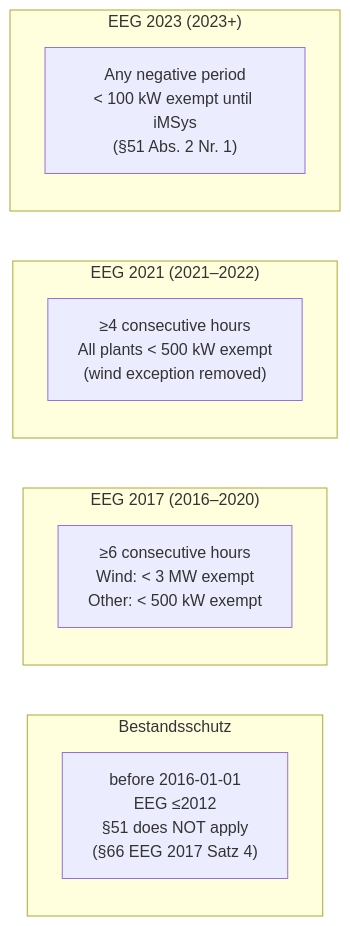
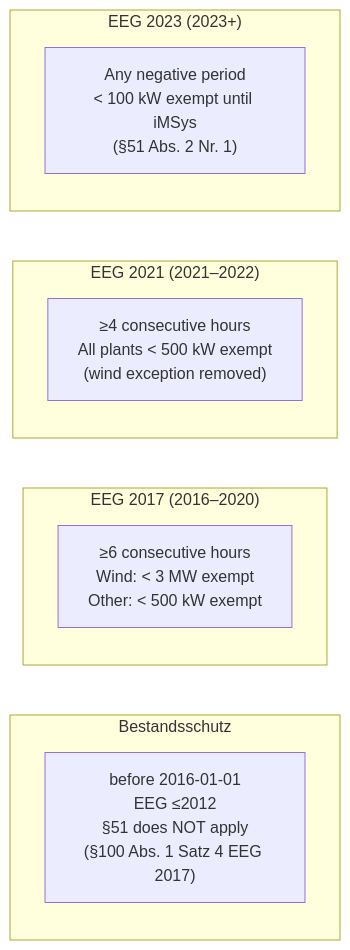
Before and after one commit to hupe1980/mako: the fifth of 8 diagrams in docs/einsd.md, drawn with Mermaid. The commit also changed other lines of this file and 74 other files, not shown here.

````diff
--- a/docs/einsd.md
+++ b/docs/einsd.md
@@ -314,15 +363,15 @@
 ```mermaid
 graph LR
     subgraph Bestandsschutz
-        A["before 2016-01-01\nEEG ≤2012\n§51 does NOT apply\n(§66 EEG 2017 Satz 4)"]
+        A["before 2016-01-01\nEEG ≤2012\n§51 does NOT apply\n(§100 Abs. 1 Satz 4 EEG 2017)"]
     end
     subgraph EEG2017["EEG 2017 (2016–2020)"]
         B["≥6 consecutive hours\nWind: < 3 MW exempt\nOther: < 500 kW exempt"]
     end
     subgraph EEG2021["EEG 2021 (2021–2022)"]
         C["≥4 consecutive hours\nAll plants < 500 kW exempt\n(wind exception removed)"]
     end
     subgraph EEG2023["EEG 2023 (2023+)"]
         D["Any negative period\n< 100 kW exempt until iMSys\n(§51 Abs. 2 Nr. 1)"]
     end
 ```
````
